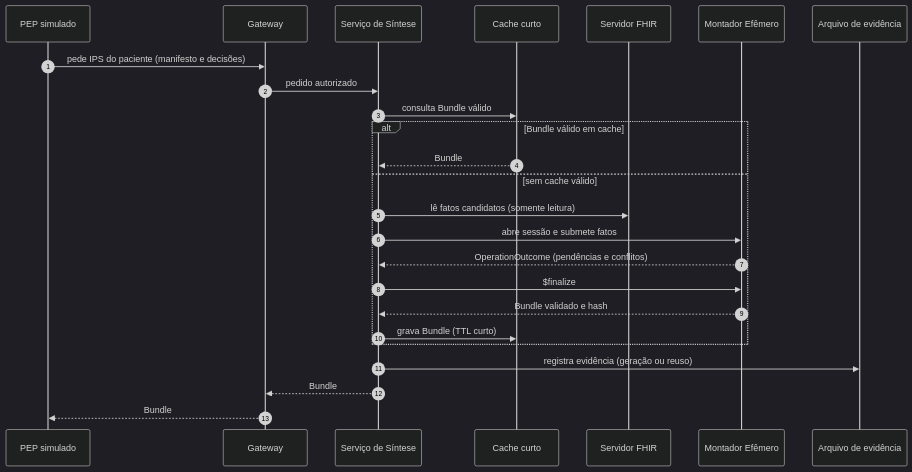
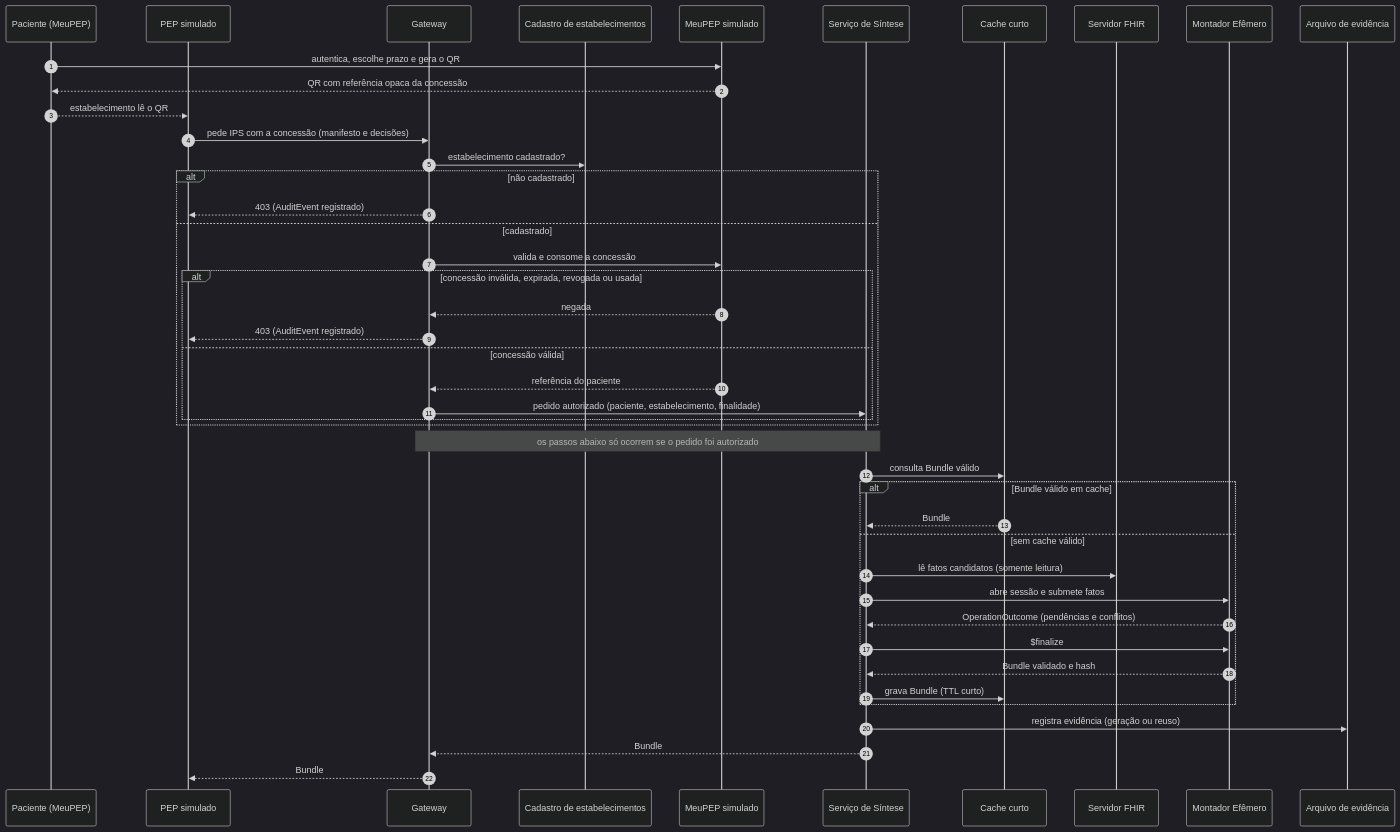
One commit to kyriosdata/design-2026-02 changed the third of 6 diagrams in docs/diagramas-c4-ips.md. Above: the diagram before and after it, drawn with Mermaid (dark theme). The commit also changed other lines of this file and 1 other file, not shown here.

First line of the commit message:
docs(ips): pedido do IPS via QR code do paciente

````diff
--- a/docs/diagramas-c4-ips.md
+++ b/docs/diagramas-c4-ips.md
@@ -77,28 +86,47 @@
 ```mermaid
 sequenceDiagram
     autonumber
+    participant P as Paciente (MeuPEP)
     participant PEP as PEP simulado
     participant GW as Gateway
+    participant CAD as Cadastro de estabelecimentos
+    participant MP as MeuPEP simulado
     participant S as Serviço de Síntese
     participant C as Cache curto
     participant F as Servidor FHIR
     participant M as Montador Efêmero
     participant A as Arquivo de evidência
 
-    PEP->>GW: pede IPS do paciente (manifesto e decisões)
-    GW->>S: pedido autorizado
+    P->>MP: autentica, escolhe prazo e gera o QR
+    MP-->>P: QR com referência opaca da concessão
+    P-->>PEP: estabelecimento lê o QR
+    PEP->>GW: pede IPS com a concessão (manifesto e decisões)
+    GW->>CAD: estabelecimento cadastrado?
+    alt não cadastrado
+        GW-->>PEP: 403 (AuditEvent registrado)
+    else cadastrado
+        GW->>MP: valida e consome a concessão
+        alt concessão inválida, expirada, revogada ou usada
+            MP-->>GW: negada
+            GW-->>PEP: 403 (AuditEvent registrado)
+        else concessão válida
+            MP-->>GW: referência do paciente
+            GW->>S: pedido autorizado (paciente, estabelecimento, finalidade)
+        end
+    end
+    Note over GW,S: os passos abaixo só ocorrem se o pedido foi autorizado
     S->>C: consulta Bundle válido
     alt Bundle válido em cache
         C-->>S: Bundle
     else sem cache válido
         S->>F: lê fatos candidatos (somente leitura)
         S->>M: abre sessão e submete fatos
         M-->>S: OperationOutcome (pendências e conflitos)
         S->>M: $finalize
         M-->>S: Bundle validado e hash
         S->>C: grava Bundle (TTL curto)
     end
     S->>A: registra evidência (geração ou reuso)
     S-->>GW: Bundle
     GW-->>PEP: Bundle
 ```
````
